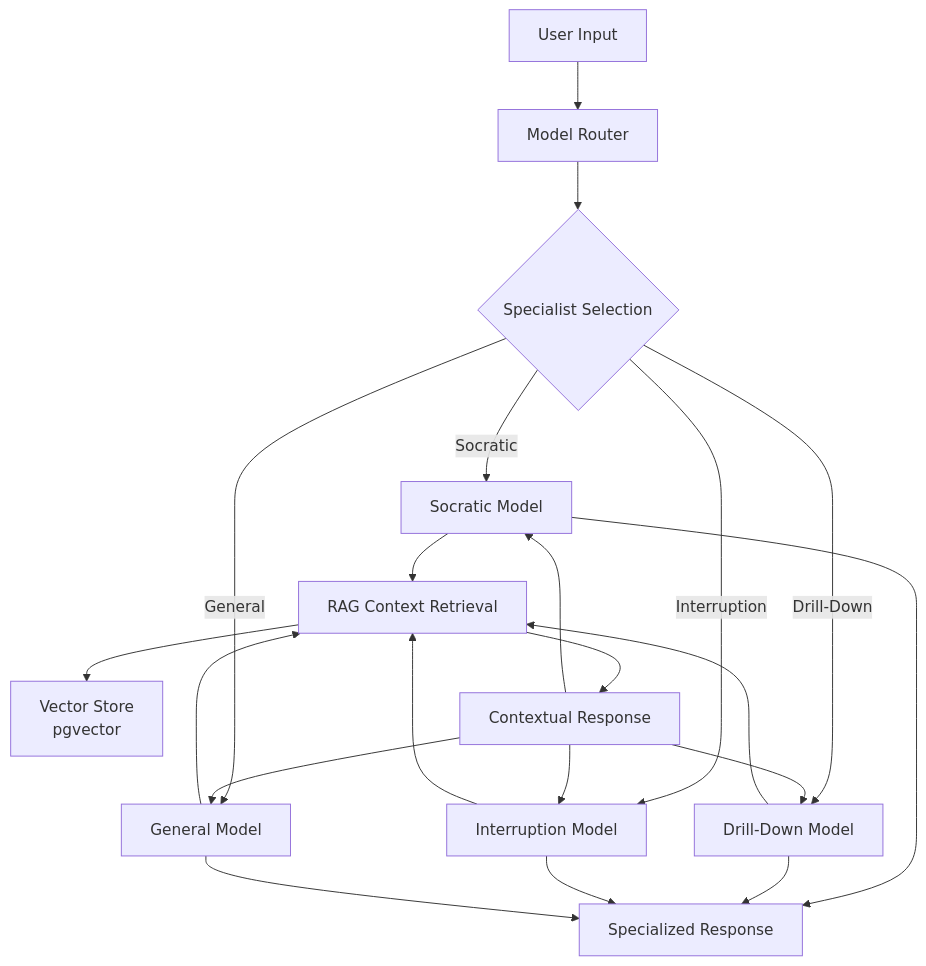
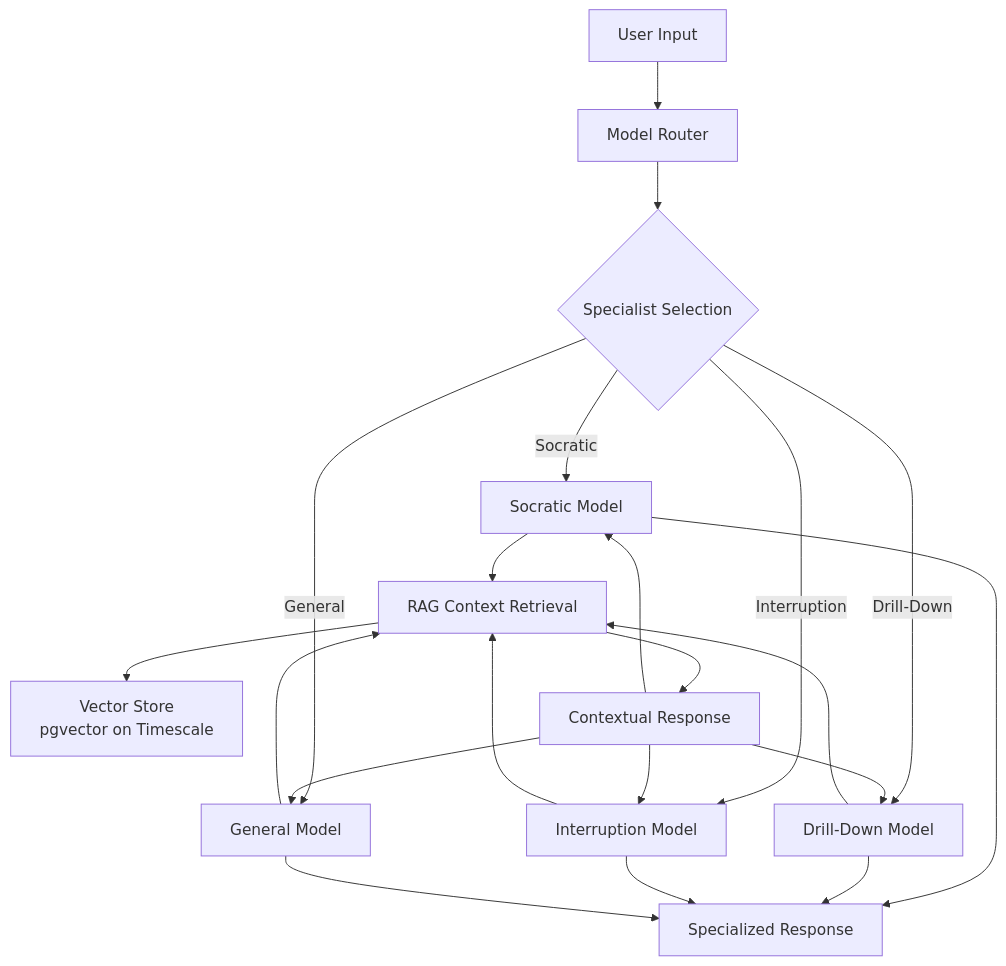
The diagram in dev-indexer_1/docs/ARCHITECTURE_OVERVIEW.md (cgb808/ZenGlowNext), drawn with Mermaid before and after one commit. The commit also changed other lines of this file and 270 other files, not shown here.

````diff
--- a/dev-indexer_1/docs/ARCHITECTURE_OVERVIEW.md
+++ b/dev-indexer_1/docs/ARCHITECTURE_OVERVIEW.md
@@ -59,28 +110,28 @@
 ```mermaid
 graph TB
     User[User Input] --> Router[Model Router]
     Router --> Specialist{Specialist Selection}
 
     Specialist -->|Socratic| SocMod[Socratic Model]
     Specialist -->|Drill-Down| DrillMod[Drill-Down Model]
     Specialist -->|Interruption| IntMod[Interruption Model]
     Specialist -->|General| GenMod[General Model]
 
     SocMod --> RAG[RAG Context Retrieval]
     DrillMod --> RAG
     IntMod --> RAG
     GenMod --> RAG
 
-    RAG --> Vector[Vector Store<br/>pgvector]
+   RAG --> Vector[Vector Store<br/>pgvector on Timescale]
     RAG --> Context[Contextual Response]
 
     Context --> SocMod
     Context --> DrillMod
     Context --> IntMod
     Context --> GenMod
 
     SocMod --> Response[Specialized Response]
     DrillMod --> Response
     IntMod --> Response
     GenMod --> Response
 ```
````
